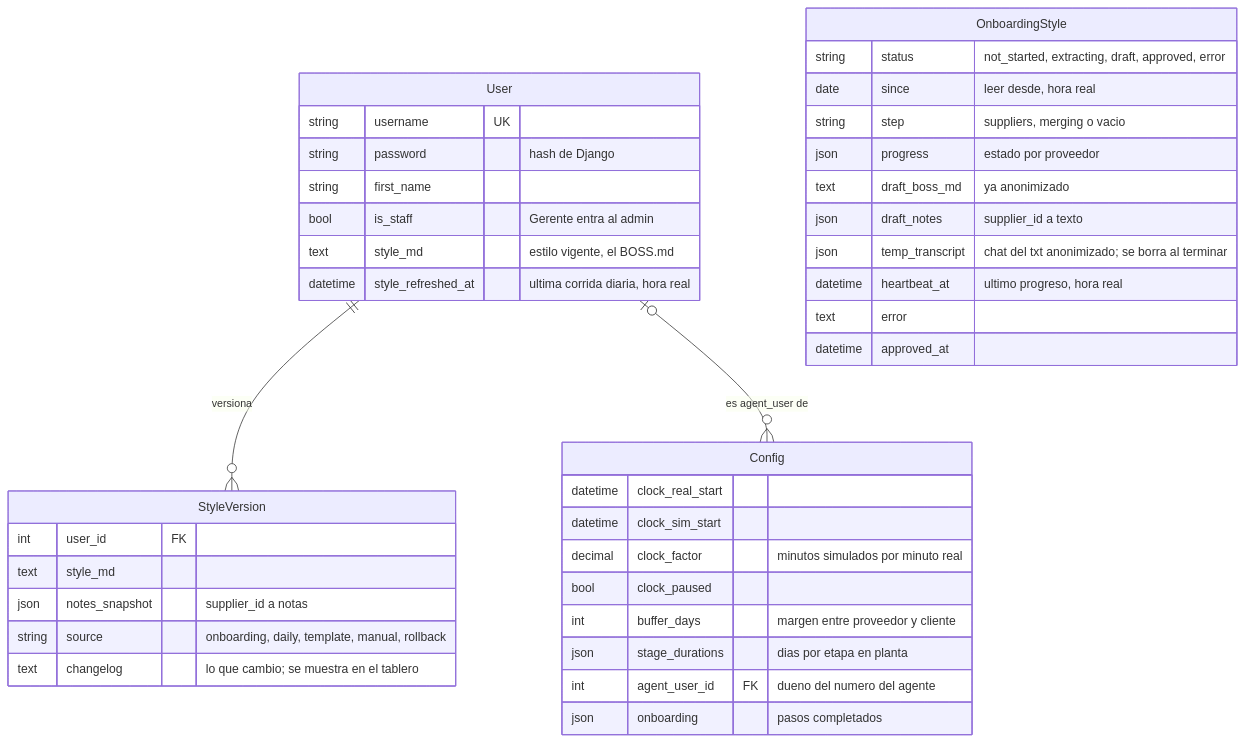
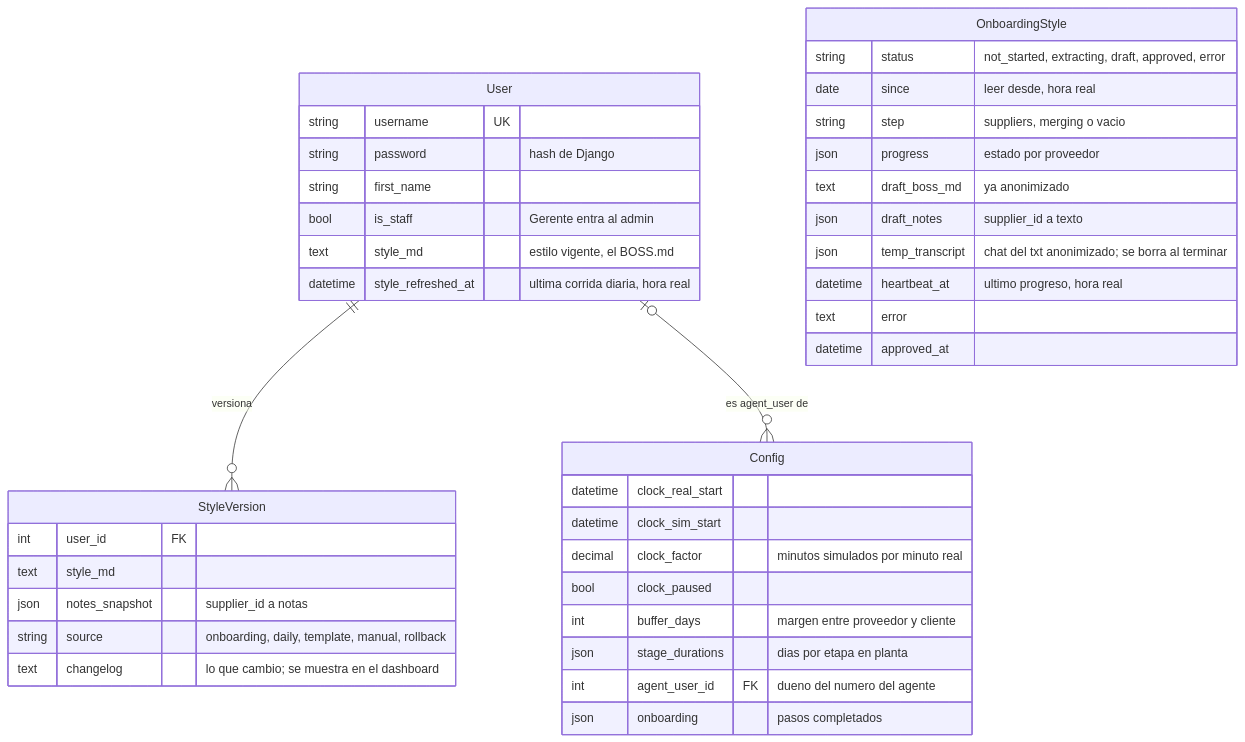
The sixth of 11 diagrams in docs/backend/modelo-de-datos.md (oscargicast/corpotex), drawn with Mermaid before and after one commit. The commit also changed other lines of this file and 40 other files, not shown here.

First line of the commit message:
Add proactive assistant alerts and seed command; rename tablero to dashboard

````diff
--- a/docs/backend/modelo-de-datos.md
+++ b/docs/backend/modelo-de-datos.md
@@ -669,43 +669,43 @@
 ```mermaid
 erDiagram
     User ||--o{ StyleVersion : "versiona"
     User |o--o{ Config : "es agent_user de"
 
     User {
         string username UK
         string password "hash de Django"
         string first_name
         bool is_staff "Gerente entra al admin"
         text style_md "estilo vigente, el BOSS.md"
         datetime style_refreshed_at "ultima corrida diaria, hora real"
     }
     StyleVersion {
         int user_id FK
         text style_md
         json notes_snapshot "supplier_id a notas"
         string source "onboarding, daily, template, manual, rollback"
-        text changelog "lo que cambio; se muestra en el tablero"
+        text changelog "lo que cambio; se muestra en el dashboard"
     }
     Config {
         datetime clock_real_start
         datetime clock_sim_start
         decimal clock_factor "minutos simulados por minuto real"
         bool clock_paused
         int buffer_days "margen entre proveedor y cliente"
         json stage_durations "dias por etapa en planta"
         int agent_user_id FK "dueno del numero del agente"
         json onboarding "pasos completados"
     }
     OnboardingStyle {
         string status "not_started, extracting, draft, approved, error"
         date since "leer desde, hora real"
         string step "suppliers, merging o vacio"
         json progress "estado por proveedor"
         text draft_boss_md "ya anonimizado"
         json draft_notes "supplier_id a texto"
         json temp_transcript "chat del txt anonimizado; se borra al terminar"
         datetime heartbeat_at "ultimo progreso, hora real"
         text error
         datetime approved_at
     }
 ```
````
